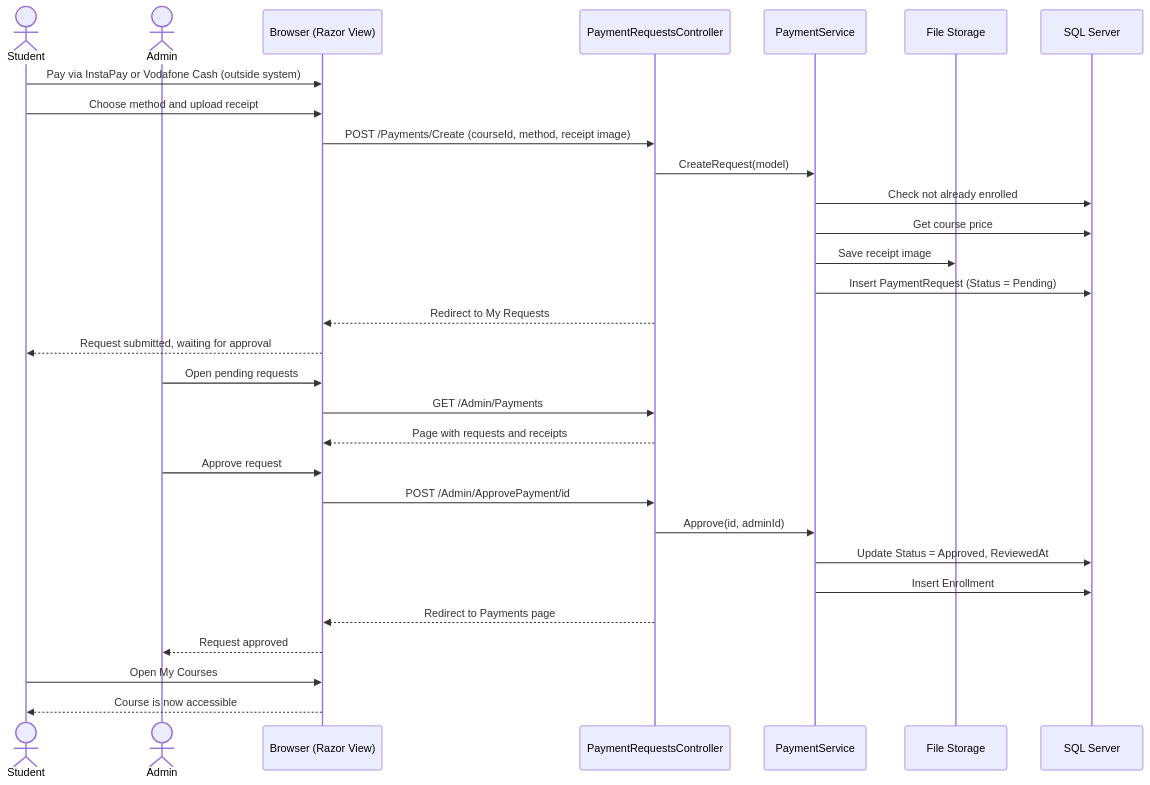
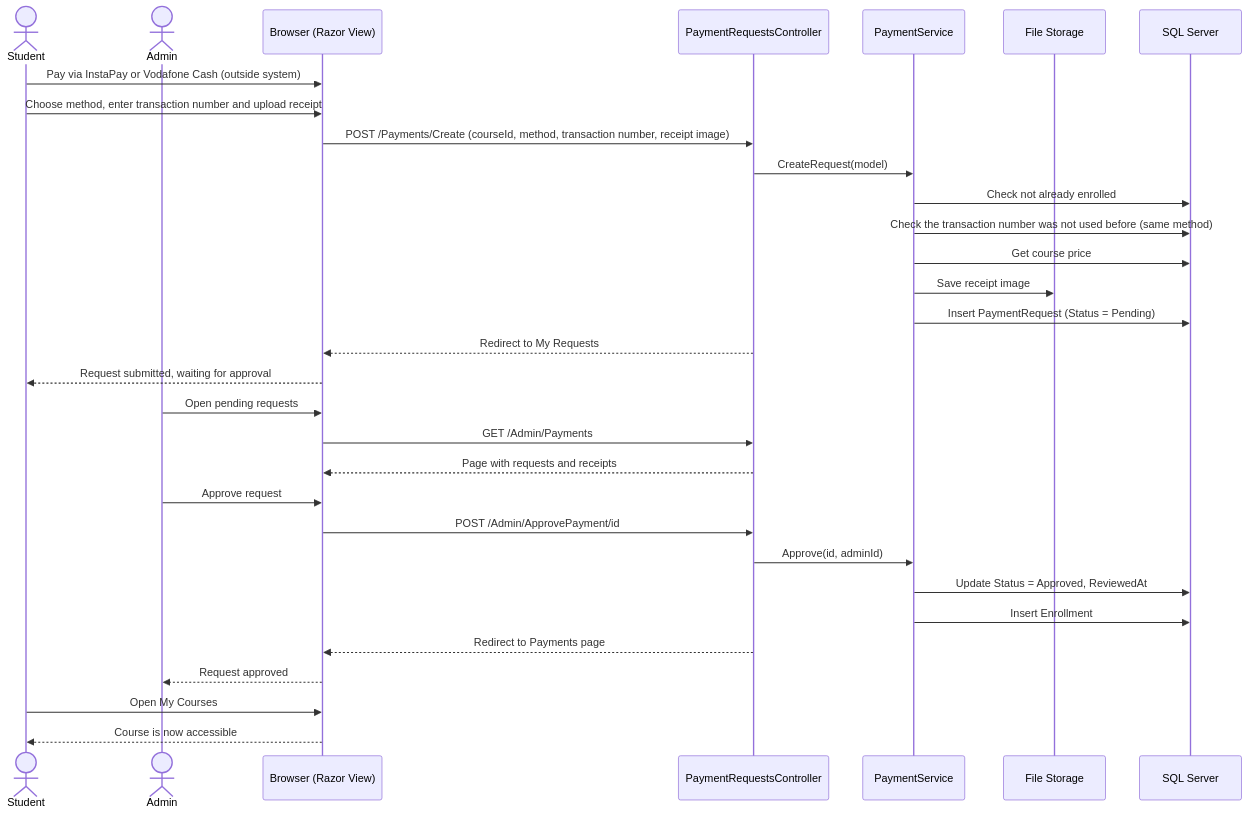
One commit to MohamedHany1n/Educational-Platform changed the second of 3 diagrams in docs/4-analysis-design/07-sequence-diagrams.md. Above: the diagram before and after it, drawn with Mermaid. The commit also changed 14 other files, not shown here.

Commit message:
docs: sync documentation with admin students and parents features and payment transaction number

````diff
--- a/docs/4-analysis-design/07-sequence-diagrams.md
+++ b/docs/4-analysis-design/07-sequence-diagrams.md
@@ -32,34 +32,35 @@
 ```mermaid
 sequenceDiagram
     actor S as Student
     actor A as Admin
     participant FE as Browser (Razor View)
     participant API as PaymentRequestsController
     participant SV as PaymentService
     participant FS as File Storage
     participant DB as SQL Server
 
     S->>FE: Pay via InstaPay or Vodafone Cash (outside system)
-    S->>FE: Choose method and upload receipt
-    FE->>API: POST /Payments/Create (courseId, method, receipt image)
+    S->>FE: Choose method, enter transaction number and upload receipt
+    FE->>API: POST /Payments/Create (courseId, method, transaction number, receipt image)
     API->>SV: CreateRequest(model)
     SV->>DB: Check not already enrolled
+    SV->>DB: Check the transaction number was not used before (same method)
     SV->>DB: Get course price
     SV->>FS: Save receipt image
     SV->>DB: Insert PaymentRequest (Status = Pending)
     API-->>FE: Redirect to My Requests
     FE-->>S: Request submitted, waiting for approval
 
     A->>FE: Open pending requests
     FE->>API: GET /Admin/Payments
     API-->>FE: Page with requests and receipts
     A->>FE: Approve request
     FE->>API: POST /Admin/ApprovePayment/id
     API->>SV: Approve(id, adminId)
     SV->>DB: Update Status = Approved, ReviewedAt
     SV->>DB: Insert Enrollment
     API-->>FE: Redirect to Payments page
     FE-->>A: Request approved
     S->>FE: Open My Courses
     FE-->>S: Course is now accessible
 ```
````
